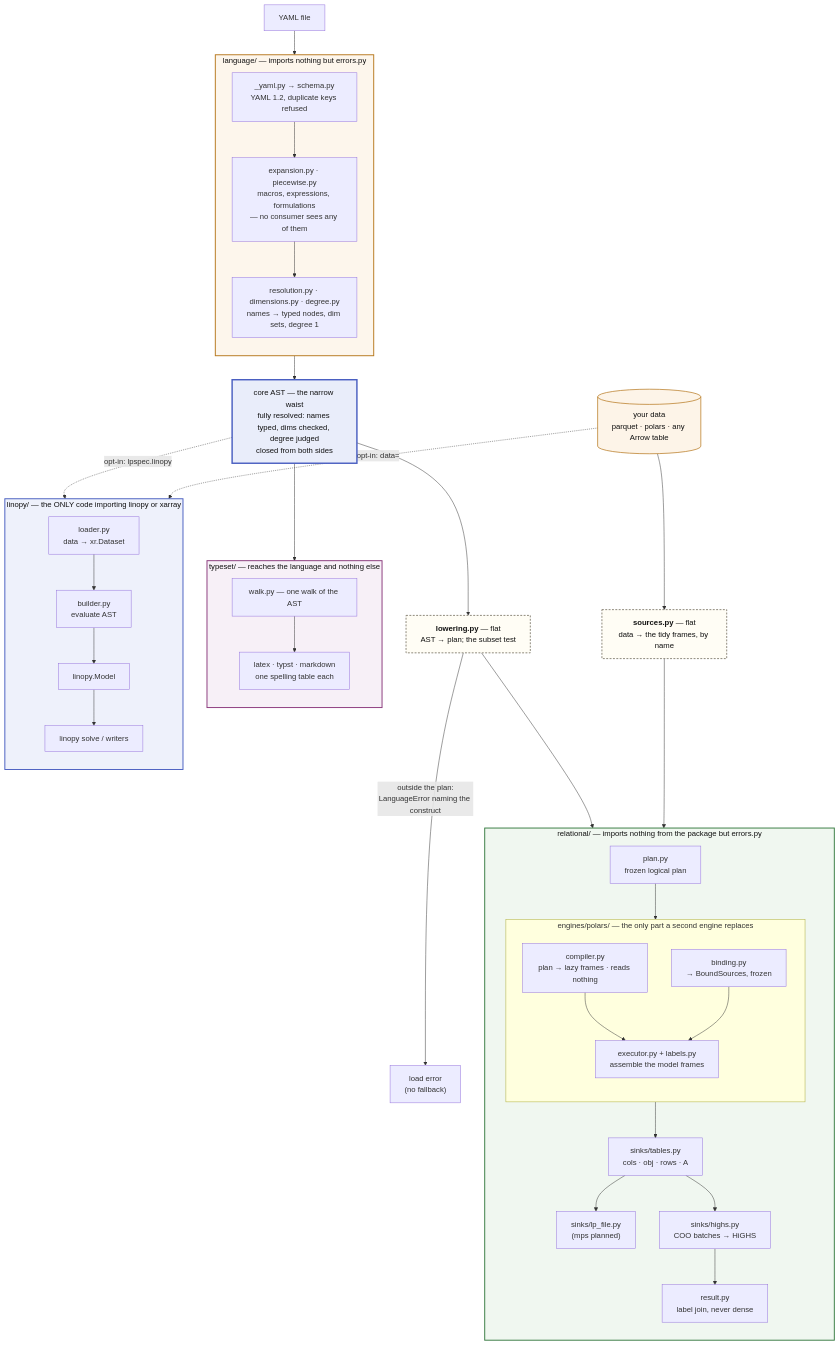
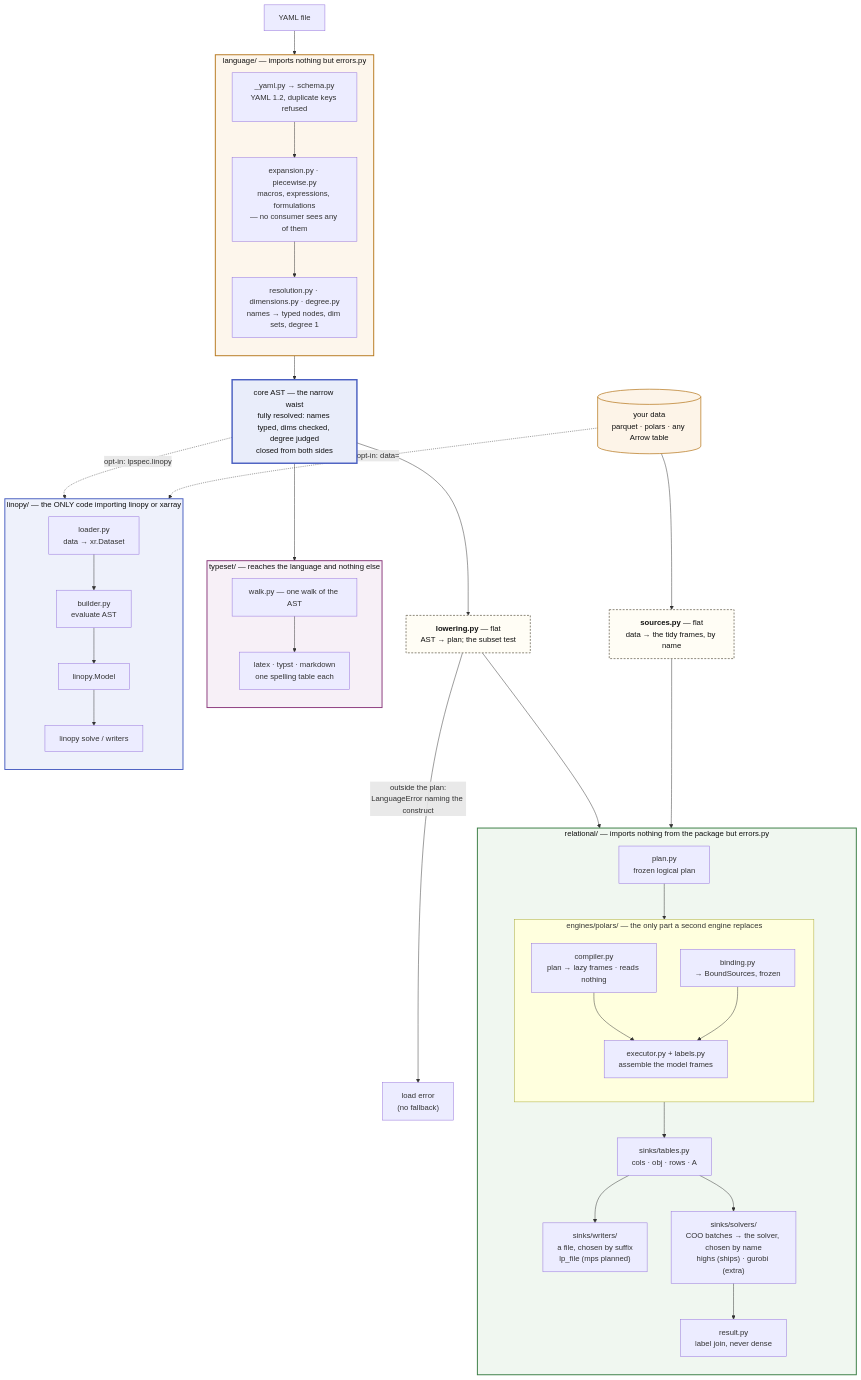
Before and after one commit to FBumann/farkas: the first of 2 diagrams in docs/ARCHITECTURE.md, drawn with Mermaid. The commit also changed other lines of this file and 35 other files, not shown here.

First line of the commit message:
feat(sinks): gurobi, and the two families it revealed (#418)

````diff
--- a/docs/ARCHITECTURE.md
+++ b/docs/ARCHITECTURE.md
@@ -47,67 +47,67 @@
 ```mermaid
 flowchart TB
     Y[YAML file] --> LANG
 
     subgraph LANG["language/ — imports nothing but errors.py"]
         direction TB
         SCHEMA["_yaml.py → schema.py<br/>YAML 1.2, duplicate keys refused"]
         SCHEMA --> EXPAND["expansion.py · piecewise.py<br/>macros, expressions, formulations<br/>— no consumer sees any of them"]
         EXPAND --> RESOLVE["resolution.py · dimensions.py · degree.py<br/>names → typed nodes, dim sets, degree 1"]
     end
 
     LANG --> AST["core AST — the narrow waist<br/>fully resolved: names typed, dims checked, degree judged<br/>closed from both sides"]
 
     AST --> LOWER
     AST --> WALK
     AST -.->|"opt-in: lpspec.linopy"| BUILD
 
     DATA[("your data<br/>parquet · polars · any Arrow table")] --> SRC
     DATA -.->|"opt-in: data="| LOAD
 
     LOWER["<b>lowering.py</b> — flat<br/>AST → plan; the subset test"]
     SRC["<b>sources.py</b> — flat<br/>data → the tidy frames, by name"]
 
     LOWER --> PLAN
     SRC --> BIND
     LOWER -->|"outside the plan:<br/>LanguageError naming the construct"| ERR["load error<br/>(no fallback)"]
 
     subgraph REL["relational/ — imports nothing from the package but errors.py"]
         direction TB
         PLAN["plan.py<br/>frozen logical plan"] --> ENG
         subgraph ENG["engines/polars/ — the only part a second engine replaces"]
             direction TB
             COMP["compiler.py<br/>plan → lazy frames · reads nothing"] --> EXEC
             BIND["binding.py<br/>→ BoundSources, frozen"] --> EXEC["executor.py + labels.py<br/>assemble the model frames"]
         end
         ENG --> TABLES["sinks/tables.py<br/>cols · obj · rows · A"]
-        TABLES --> LPS["sinks/lp_file.py<br/>(mps planned)"]
-        TABLES --> DIRECT["sinks/highs.py<br/>COO batches → HiGHS"]
+        TABLES --> LPS["sinks/writers/<br/>a file, chosen by suffix<br/>lp_file (mps planned)"]
+        TABLES --> DIRECT["sinks/solvers/<br/>COO batches → the solver, chosen by name<br/>highs (ships) · gurobi (extra)"]
         DIRECT --> SOL["result.py<br/>label join, never dense"]
     end
 
     subgraph TS["typeset/ — reaches the language and nothing else"]
         direction TB
         WALK["walk.py — one walk of the AST"] --> FMT["latex · typst · markdown<br/>one spelling table each"]
     end
 
     subgraph EAGER["linopy/ — the ONLY code importing linopy or xarray"]
         direction TB
         LOAD["loader.py<br/>data → xr.Dataset"] --> BUILD["builder.py<br/>evaluate AST"]
         BUILD --> MODEL[linopy.Model] --> SOLVE["linopy solve / writers"]
     end
 
     classDef laneL fill:#fdf6ec,stroke:#b7791f,stroke-width:2px,color:#111
     classDef laneR fill:#f0f7f0,stroke:#3a7d44,stroke-width:2px,color:#111
     classDef laneE fill:#eef1fb,stroke:#4a5fc1,stroke-width:2px,color:#111
     classDef laneT fill:#f7f0f7,stroke:#8b3a7d,stroke-width:2px,color:#111
     classDef waist fill:#e9edfa,stroke:#4a5fc1,stroke-width:3px,color:#111
     classDef flat fill:#fffdf5,stroke:#8a8578,stroke-width:2px,stroke-dasharray:4 3,color:#111
     classDef data fill:#fdf4e8,stroke:#b7791f,stroke-width:1.5px,color:#111
     class LANG laneL
     class REL laneR
     class EAGER laneE
     class TS laneT
     class AST waist
     class LOWER,SRC flat
     class DATA data
 ```
````
